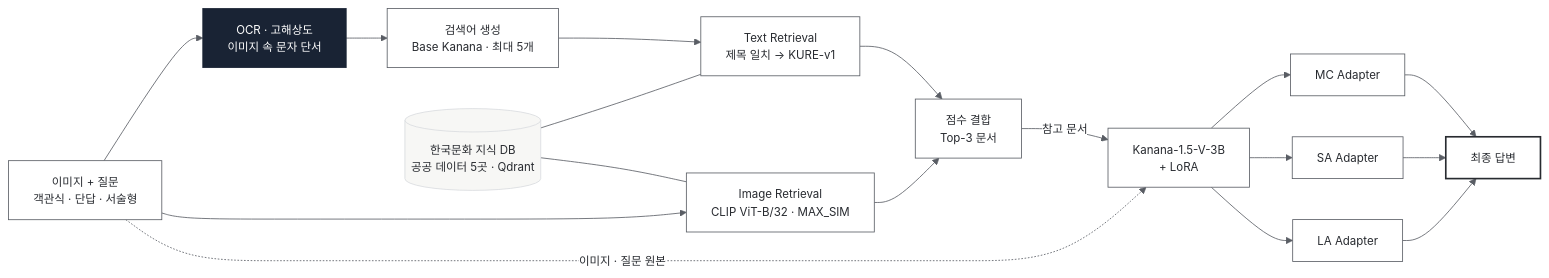
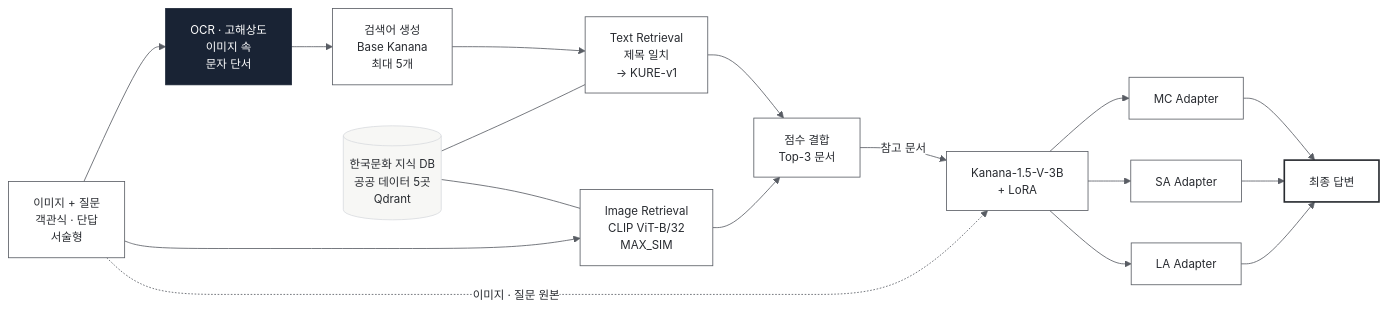
Before and after one commit to Jinx921/Portfolio: the second of 4 diagrams in README.md, drawn with Mermaid. The commit also changed other lines of this file and 8 other files, not shown here.

First line of the commit message:
Add HCLT 2026 paper and poster, fix clipped diagram labels

````diff
--- a/README.md
+++ b/README.md
@@ -78,18 +78,18 @@
 ```mermaid
-%%{init: {'theme':'base','themeVariables':{'fontFamily':'Pretendard, Inter, sans-serif','fontSize':'14px','primaryColor':'#FFFFFF','primaryTextColor':'#282B30','primaryBorderColor':'#595D64','lineColor':'#595D64','clusterBkg':'#F7F7F5','clusterBorder':'#D9DCE0','edgeLabelBackground':'#FFFFFF','titleColor':'#282B30'}}}%%
+%%{init: {'theme':'base','themeVariables':{'fontFamily':'-apple-system, BlinkMacSystemFont, Apple SD Gothic Neo, Malgun Gothic, sans-serif','fontSize':'14px','primaryColor':'#FFFFFF','primaryTextColor':'#282B30','primaryBorderColor':'#595D64','lineColor':'#595D64','clusterBkg':'#F7F7F5','clusterBorder':'#D9DCE0','edgeLabelBackground':'#FFFFFF','titleColor':'#282B30'}}}%%
 flowchart LR
-    Q["이미지 + 질문<br/>객관식 · 단답 · 서술형"] --> OCR["OCR · 고해상도<br/>이미지 속 문자 단서"]:::mine --> QG["검색어 생성<br/>Base Kanana · 최대 5개"] --> TR["Text Retrieval<br/>제목 일치 → KURE-v1"]
-    Q --> IR["Image Retrieval<br/>CLIP ViT-B/32 · MAX_SIM"]
-    KB[("한국문화 지식 DB<br/>공공 데이터 5곳 · Qdrant")]:::data --- TR
+    Q["이미지 + 질문<br/>객관식 · 단답<br/>서술형"] --> OCR["OCR · 고해상도<br/>이미지 속<br/>문자 단서"]:::mine --> QG["검색어 생성<br/>Base Kanana<br/>최대 5개"] --> TR["Text Retrieval<br/>제목 일치<br/>→ KURE-v1"]
+    Q --> IR["Image Retrieval<br/>CLIP ViT-B/32<br/>MAX_SIM"]
+    KB[("한국문화 지식 DB<br/>공공 데이터 5곳<br/>Qdrant")]:::data --- TR
     KB --- IR
     TR --> F["점수 결합<br/>Top-3 문서"]
     IR --> F
     F -->|참고 문서| M["Kanana-1.5-V-3B<br/>+ LoRA"]
     Q -.->|이미지 · 질문 원본| M
     M --> A1["MC Adapter"] & A2["SA Adapter"] & A3["LA Adapter"]
     A1 & A2 & A3 --> ANS["최종 답변"]:::out
     classDef default fill:#FFFFFF,stroke:#595D64,color:#282B30
     classDef mine fill:#192334,stroke:#192334,color:#FFFFFF
     classDef data fill:#F7F7F5,stroke:#D9DCE0,color:#282B30
     classDef out fill:#FFFFFF,stroke:#282B30,stroke-width:2px,color:#282B30
 ```
````
